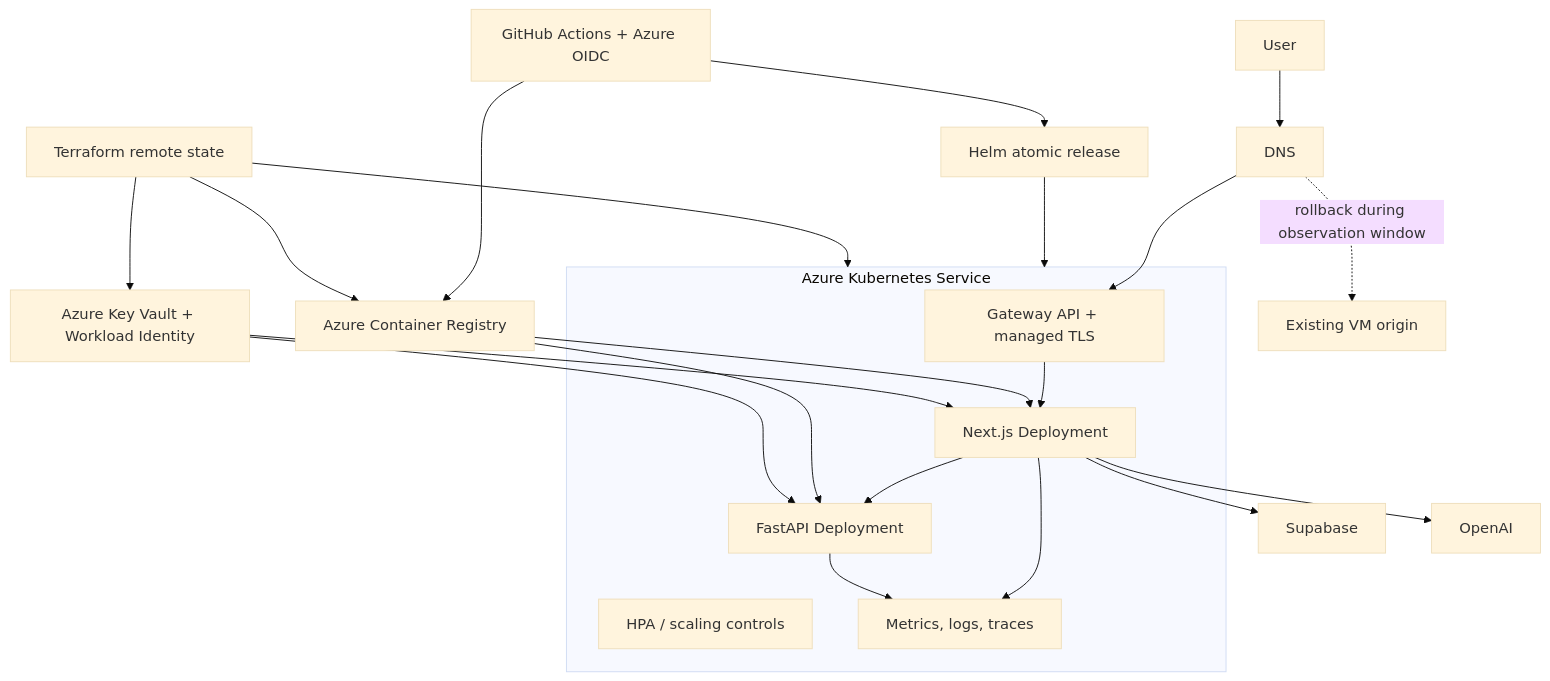
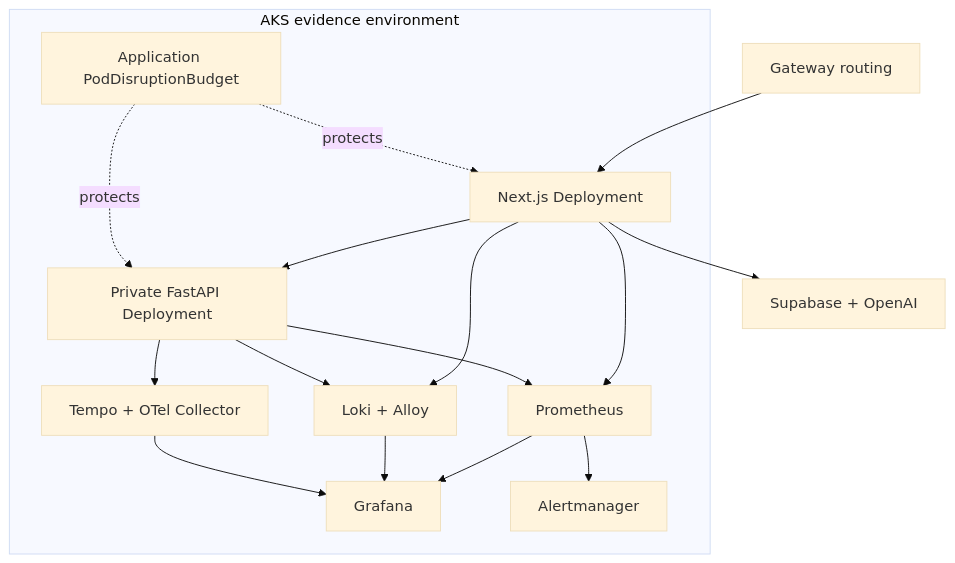
Before and after one commit to hzzcoding/SlowChrome-Showcase: the third of 3 diagrams in docs/technical-case-study.md, drawn with Mermaid (base theme). The commit also changed other lines of this file and 4 other files, not shown here.

Commit message:
docs: showcase AKS operations evidence

````diff
--- a/docs/technical-case-study.md
+++ b/docs/technical-case-study.md
@@ -300,28 +118,28 @@
 ```mermaid
 flowchart TD
-    user["User"] --> dns["DNS"]
-    dns --> gateway["Gateway API + managed TLS"]
+    gateway["Gateway routing"] --> frontend["Next.js Deployment"]
+    frontend --> backend["Private FastAPI Deployment"]
+    frontend --> external["Supabase + OpenAI"]
 
-    subgraph aks["Azure Kubernetes Service"]
-        gateway --> front["Next.js Deployment"]
-        front --> back["FastAPI Deployment"]
-        hpa["HPA / scaling controls"]
-        obs["Metrics, logs, traces"]
-        front --> obs
-        back --> obs
+    subgraph cluster["AKS evidence environment"]
+        frontend
+        backend
+        pdb["Application PodDisruptionBudget"]
+        prom["Prometheus"]
+        grafana["Grafana"]
+        loki["Loki + Alloy"]
+        tempo["Tempo + OTel Collector"]
+        am["Alertmanager"]
+        frontend --> prom
+        backend --> prom
+        frontend --> loki
+        backend --> loki
+        backend --> tempo
     end
-
-    gha["GitHub Actions + Azure OIDC"] --> acr["Azure Container Registry"]
-    gha --> helm["Helm atomic release"]
-    acr --> front
-    acr --> back
-    helm --> aks
-    kv["Azure Key Vault + Workload Identity"] --> front
-    kv --> back
-    tf["Terraform remote state"] --> aks
-    tf --> acr
-    tf --> kv
-    front --> supabase["Supabase"]
-    front --> openai["OpenAI"]
-    dns -. "rollback during observation window" .-> vm["Existing VM origin"]
+    prom --> grafana
+    loki --> grafana
+    tempo --> grafana
+    prom --> am
+    pdb -. protects .-> frontend
+    pdb -. protects .-> backend
 ```
````
